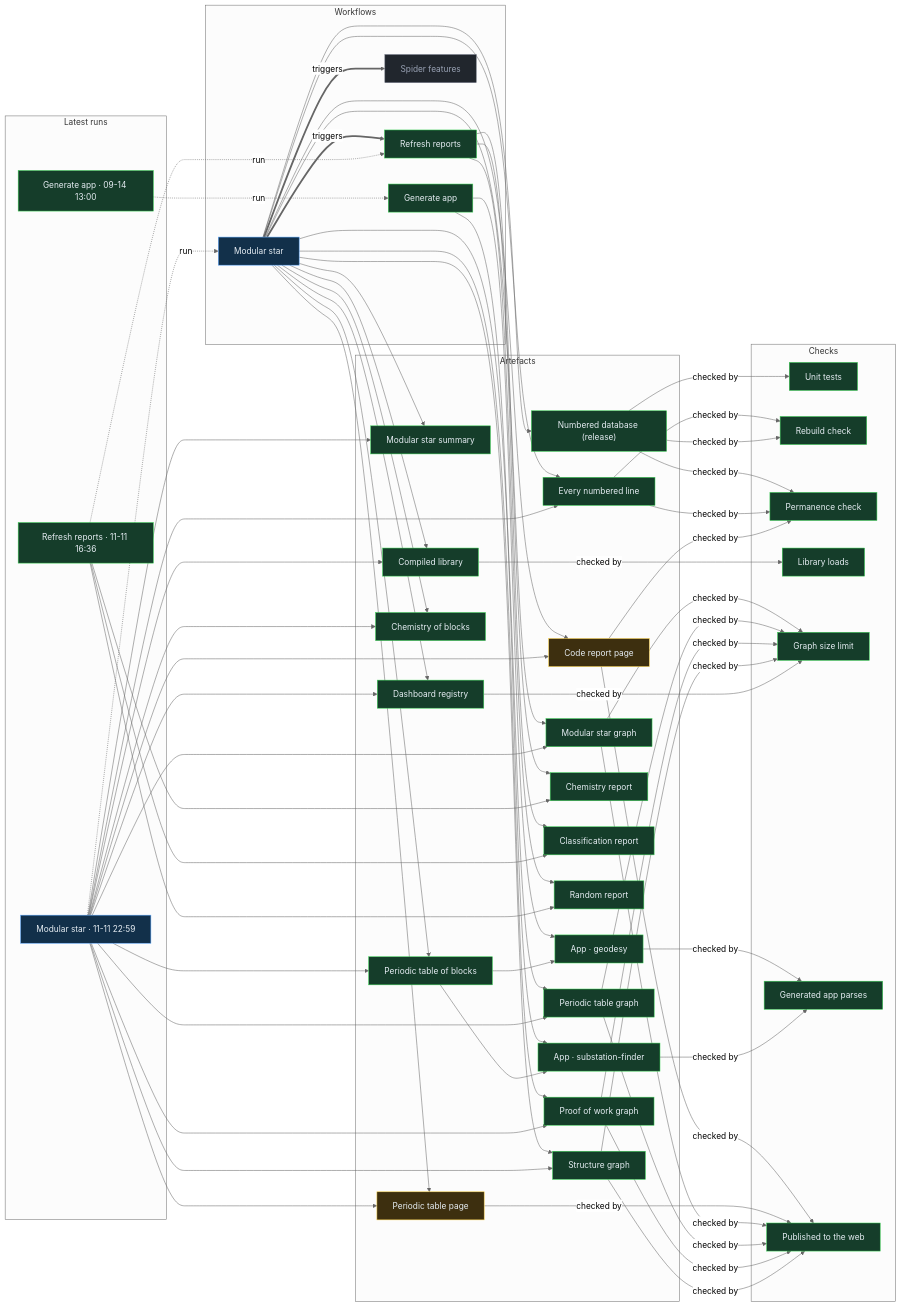
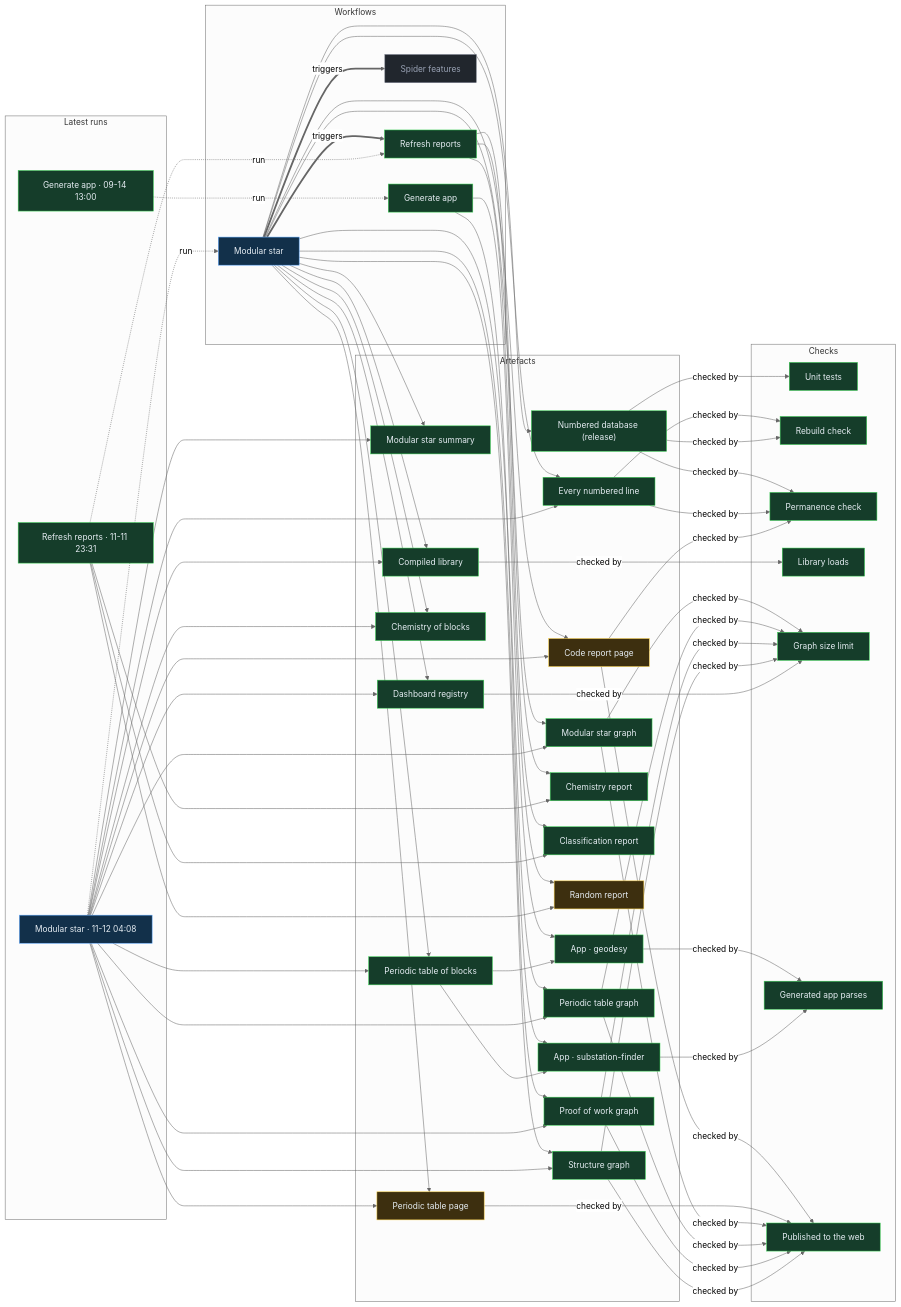
The diagram in proof/PROOF.md (Ventusltd/stars), drawn with Mermaid (neutral theme) before and after one commit. The commit also changed other lines of this file and 34 other files, not shown here.

Commit message:
Modular star 2026-11-12T04:11Z

```diff
--- a/proof/PROOF.md
+++ b/proof/PROOF.md
@@ -24,8 +24,8 @@
   n_wf_spider_features["Spider features"]:::off
   end
   subgraph g_runs["Latest runs"]
-  n_run_43116268016["Modular star · 11-11 22:59"]:::live
-  n_run_43059954088["Refresh reports · 11-11 16:36"]:::ok
+  n_run_43152850101["Modular star · 11-12 04:08"]:::live
+  n_run_43120462934["Refresh reports · 11-11 23:31"]:::ok
   n_run_34846587798["Generate app · 09-14 13:00"]:::ok
   end
   subgraph g_artefacts["Artefacts"]
@@ -43,7 +43,7 @@
   n_art_structure["Structure graph"]:::ok
   n_art_chemistry["Chemistry report"]:::ok
   n_art_vedic["Classification report"]:::ok
-  n_art_random["Random report"]:::ok
+  n_art_random["Random report"]:::warn
   n_art_release["Numbered database (release)"]:::ok
   n_app_geodesy["App · geodesy"]:::ok
   n_app_substation_finder["App · substation-finder"]:::ok
@@ -59,39 +59,39 @@
   end
   n_wf_modular_star == triggers ==> n_wf_refresh
   n_wf_modular_star == triggers ==> n_wf_spider_features
-  n_run_43116268016 -. run .-> n_wf_modular_star
-  n_run_43059954088 -. run .-> n_wf_refresh
+  n_run_43152850101 -. run .-> n_wf_modular_star
+  n_run_43120462934 -. run .-> n_wf_refresh
   n_run_34846587798 -. run .-> n_wf_generate
   n_wf_modular_star --> n_art_summary
-  n_run_43116268016 --> n_art_summary
+  n_run_43152850101 --> n_art_summary
   n_wf_modular_star --> n_art_lines
-  n_run_43116268016 --> n_art_lines
+  n_run_43152850101 --> n_art_lines
   n_wf_modular_star --> n_art_code
-  n_run_43116268016 --> n_art_code
+  n_run_43152850101 --> n_art_code
   n_wf_modular_star --> n_art_modular_graph
-  n_run_43116268016 --> n_art_modular_graph
+  n_run_43152850101 --> n_art_modular_graph
   n_wf_modular_star --> n_art_blocks
-  n_run_43116268016 --> n_art_blocks
+  n_run_43152850101 --> n_art_blocks
   n_wf_modular_star --> n_art_table
-  n_run_43116268016 --> n_art_table
+  n_run_43152850101 --> n_art_table
   n_wf_modular_star --> n_art_blocks_graph
-  n_run_43116268016 --> n_art_blocks_graph
+  n_run_43152850101 --> n_art_blocks_graph
   n_wf_modular_star --> n_art_reactions
-  n_run_43116268016 --> n_art_reactions
+  n_run_43152850101 --> n_art_reactions
   n_wf_modular_star --> n_art_library
-  n_run_43116268016 --> n_art_library
+  n_run_43152850101 --> n_art_library
   n_wf_modular_star --> n_art_features
-  n_run_43116268016 --> n_art_features
+  n_run_43152850101 --> n_art_features
   n_wf_modular_star --> n_art_proof
-  n_run_43116268016 --> n_art_proof
+  n_run_43152850101 --> n_art_proof
   n_wf_modular_star --> n_art_structure
-  n_run_43116268016 --> n_art_structure
+  n_run_43152850101 --> n_art_structure
   n_wf_refresh --> n_art_chemistry
-  n_run_43059954088 --> n_art_chemistry
+  n_run_43120462934 --> n_art_chemistry
   n_wf_refresh --> n_art_vedic
-  n_run_43059954088 --> n_art_vedic
+  n_run_43120462934 --> n_art_vedic
   n_wf_refresh --> n_art_random
-  n_run_43059954088 --> n_art_random
+  n_run_43120462934 --> n_art_random
   n_wf_modular_star --> n_art_release
   n_wf_generate --> n_app_geodesy
   n_art_blocks --> n_app_geodesy
```
